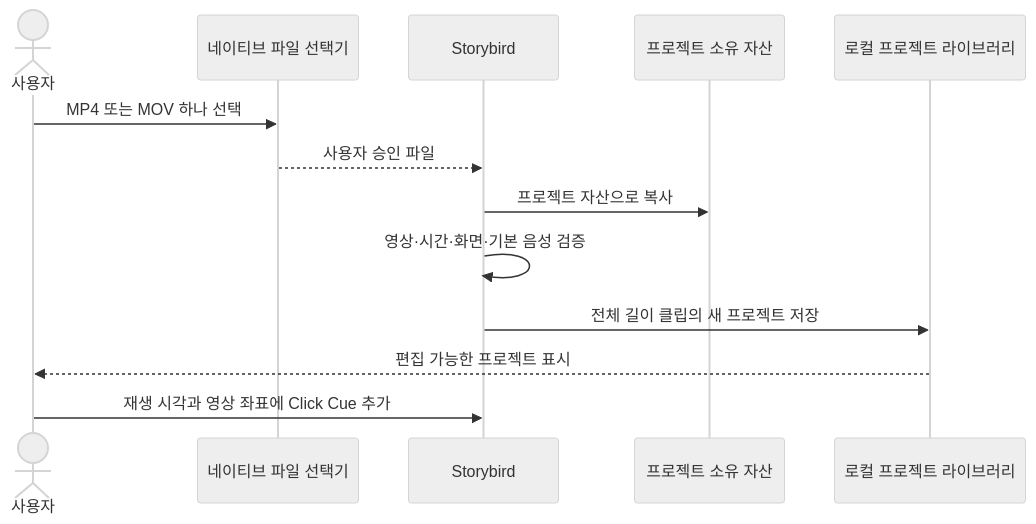
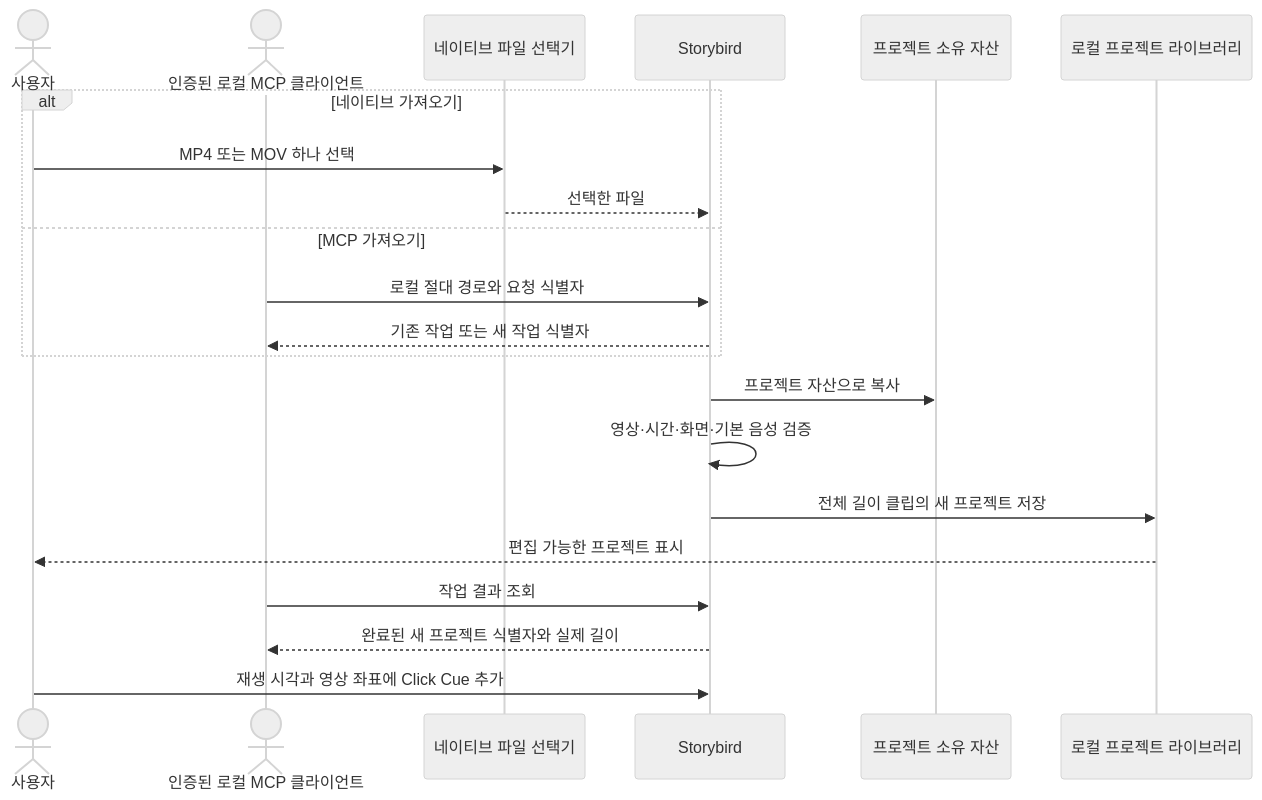
The diagram in docs/adr/video-import/0001-local-video-import.md (haandol/storybird), drawn with Mermaid (neutral theme) before and after one commit. The commit also changed other lines of this file and 48 other files, not shown here.

````diff
--- a/docs/adr/video-import/0001-local-video-import.md
+++ b/docs/adr/video-import/0001-local-video-import.md
@@ -108,16 +112,24 @@
 ```mermaid
 sequenceDiagram
     actor User as 사용자
+    actor Agent as 인증된 로컬 MCP 클라이언트
     participant Picker as 네이티브 파일 선택기
     participant Storybird
     participant Assets as 프로젝트 소유 자산
     participant Library as 로컬 프로젝트 라이브러리
 
-    User->>Picker: MP4 또는 MOV 하나 선택
-    Picker-->>Storybird: 사용자 승인 파일
+    alt 네이티브 가져오기
+        User->>Picker: MP4 또는 MOV 하나 선택
+        Picker-->>Storybird: 선택한 파일
+    else MCP 가져오기
+        Agent->>Storybird: 로컬 절대 경로와 요청 식별자
+        Storybird-->>Agent: 기존 작업 또는 새 작업 식별자
+    end
     Storybird->>Assets: 프로젝트 자산으로 복사
     Storybird->>Storybird: 영상·시간·화면·기본 음성 검증
     Storybird->>Library: 전체 길이 클립의 새 프로젝트 저장
     Library-->>User: 편집 가능한 프로젝트 표시
+    Agent->>Storybird: 작업 결과 조회
+    Storybird-->>Agent: 완료된 새 프로젝트 식별자와 실제 길이
     User->>Storybird: 재생 시각과 영상 좌표에 Click Cue 추가
 ```
````
